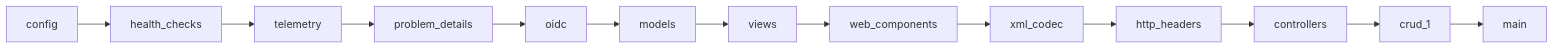
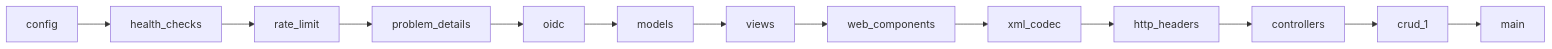
Before and after one commit to craftainer/template-fastapi: the second of 3 diagrams in docs/system-design.md, drawn with Mermaid. The commit also changed other lines of this file and 164 other files, not shown here.

````diff
--- a/docs/system-design.md
+++ b/docs/system-design.md
@@ -43,6 +44,6 @@
 ```mermaid
 graph LR
-    config --> health_checks --> telemetry --> problem_details --> oidc
+    config --> health_checks --> rate_limit --> problem_details --> oidc
     oidc --> models --> views --> web_components --> xml_codec
     xml_codec --> http_headers --> controllers --> crud_1 --> main
 ```
````
